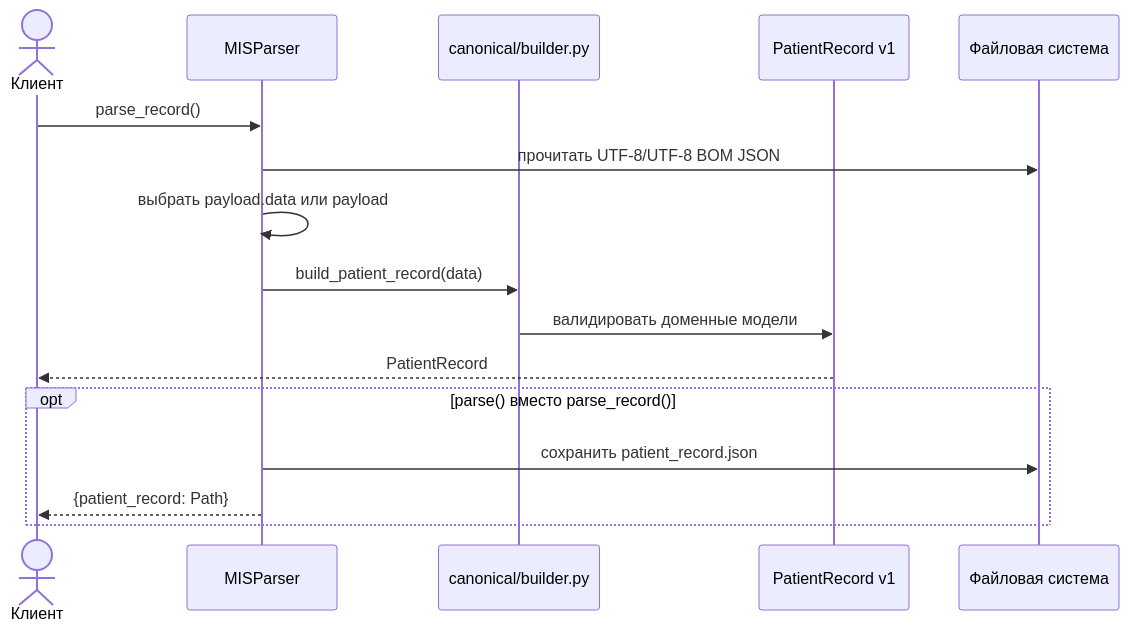
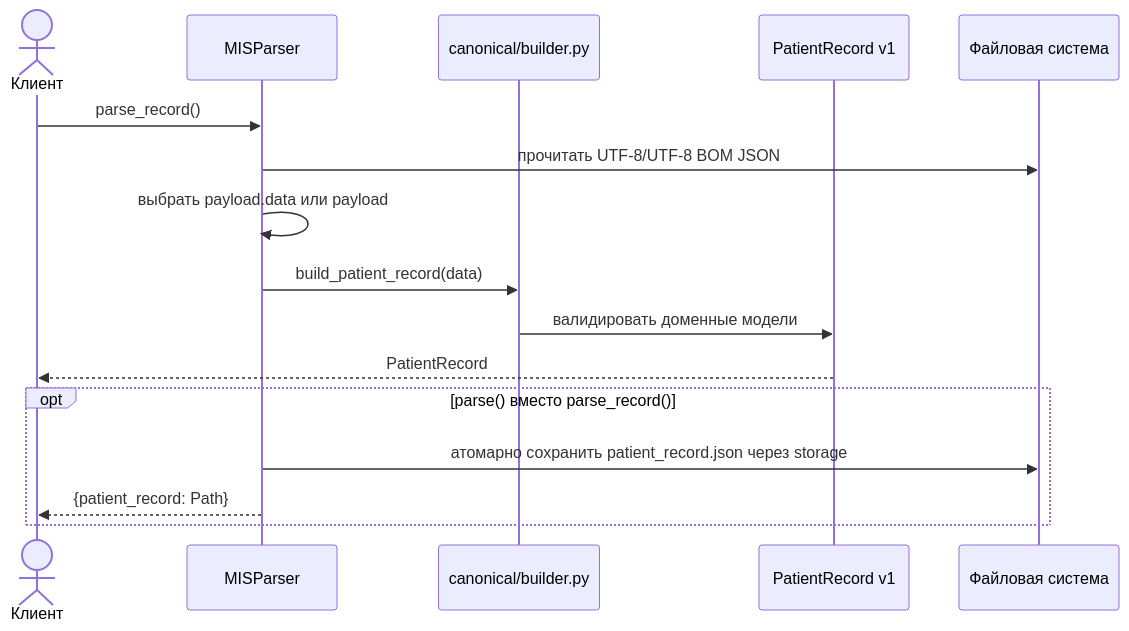
The second of 2 diagrams in docs/parser.md (rsul07/MISDash), drawn with Mermaid before and after one commit. The commit also changed other lines of this file and 10 other files, not shown here.

Commit message:
refactor: centralize patient record storage

````diff
--- a/docs/parser.md
+++ b/docs/parser.md
@@ -73,20 +74,20 @@
 ```mermaid
 sequenceDiagram
     actor Client as Клиент
     participant Parser as MISParser
     participant Builder as canonical/builder.py
     participant Contract as PatientRecord v1
     participant FS as Файловая система
 
     Client->>Parser: parse_record()
     Parser->>FS: прочитать UTF-8/UTF-8 BOM JSON
     Parser->>Parser: выбрать payload.data или payload
     Parser->>Builder: build_patient_record(data)
     Builder->>Contract: валидировать доменные модели
     Contract-->>Client: PatientRecord
 
     opt parse() вместо parse_record()
-        Parser->>FS: сохранить patient_record.json
+        Parser->>FS: атомарно сохранить patient_record.json через storage
         Parser-->>Client: {patient_record: Path}
     end
 ```
````
